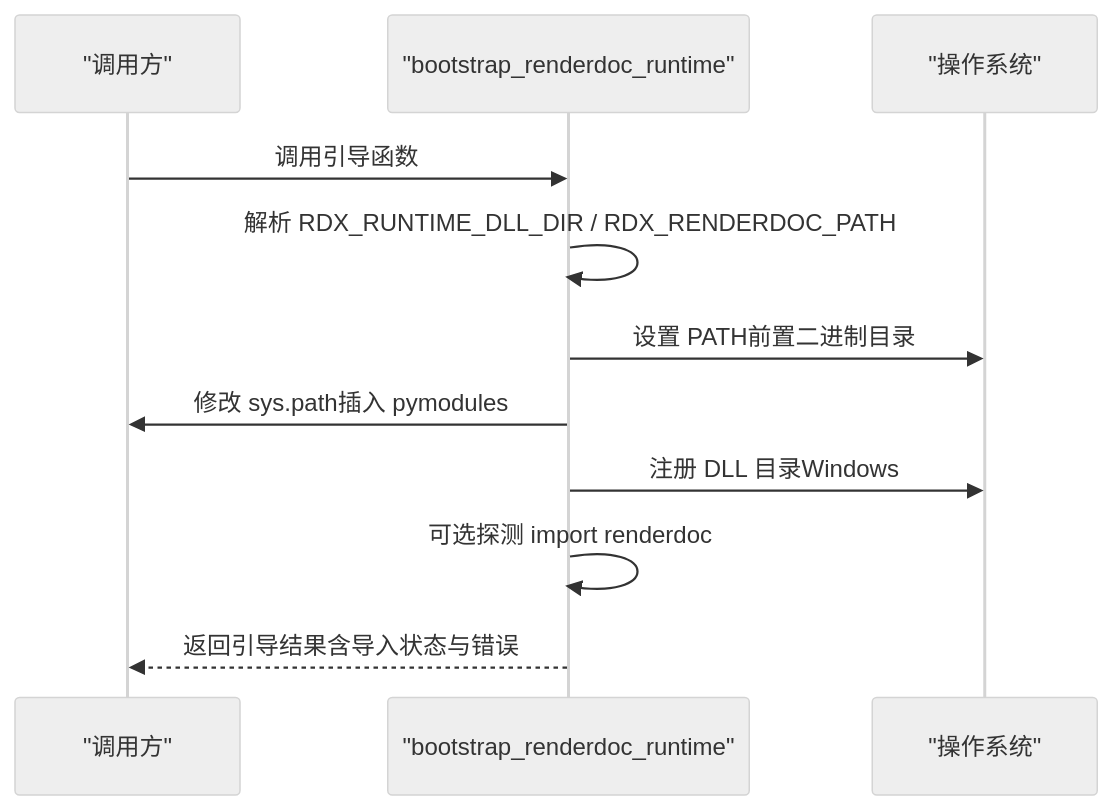
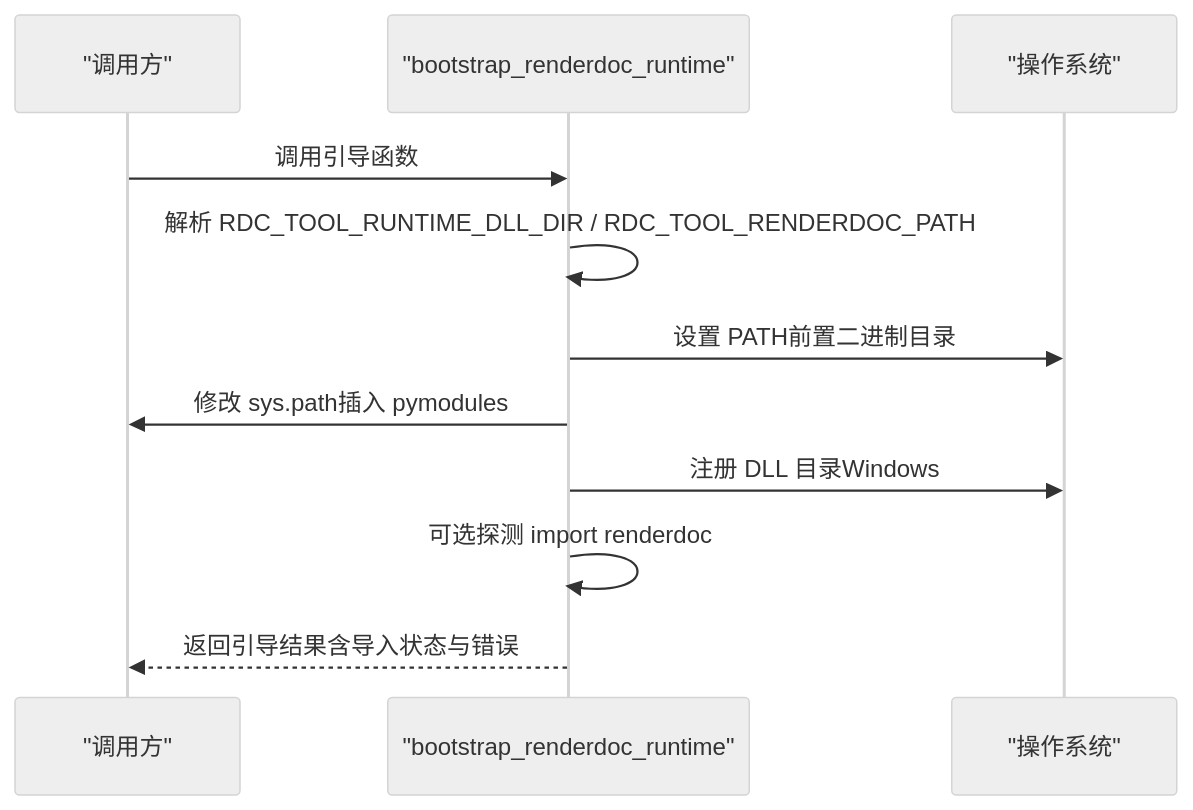
One commit to haolange/RDC-Tool changed the fifth of 7 diagrams in .qoder/repowiki/zh/content/运行时管理/路径管理系统.md. Above: the diagram before and after it, drawn with Mermaid (neutral theme). The commit also changed other lines of this file and 388 other files, not shown here.

First line of the commit message:
Release RDC-Tool identity and public maintenance surface

````diff
--- a/.qoder/repowiki/zh/content/运行时管理/路径管理系统.md
+++ b/.qoder/repowiki/zh/content/运行时管理/路径管理系统.md
@@ -179,13 +179,13 @@
 ```mermaid
 sequenceDiagram
 participant Caller as "调用方"
 participant Boot as "bootstrap_renderdoc_runtime"
 participant OS as "操作系统"
 Caller->>Boot : 调用引导函数
-Boot->>Boot : 解析 RDX_RUNTIME_DLL_DIR / RDX_RENDERDOC_PATH
+Boot->>Boot : 解析 RDC_TOOL_RUNTIME_DLL_DIR / RDC_TOOL_RENDERDOC_PATH
 Boot->>OS : 设置 PATH前置二进制目录
 Boot->>Caller : 修改 sys.path插入 pymodules
 Boot->>OS : 注册 DLL 目录Windows
 Boot->>Boot : 可选探测 import renderdoc
 Boot-->>Caller : 返回引导结果含导入状态与错误
 ```
````
